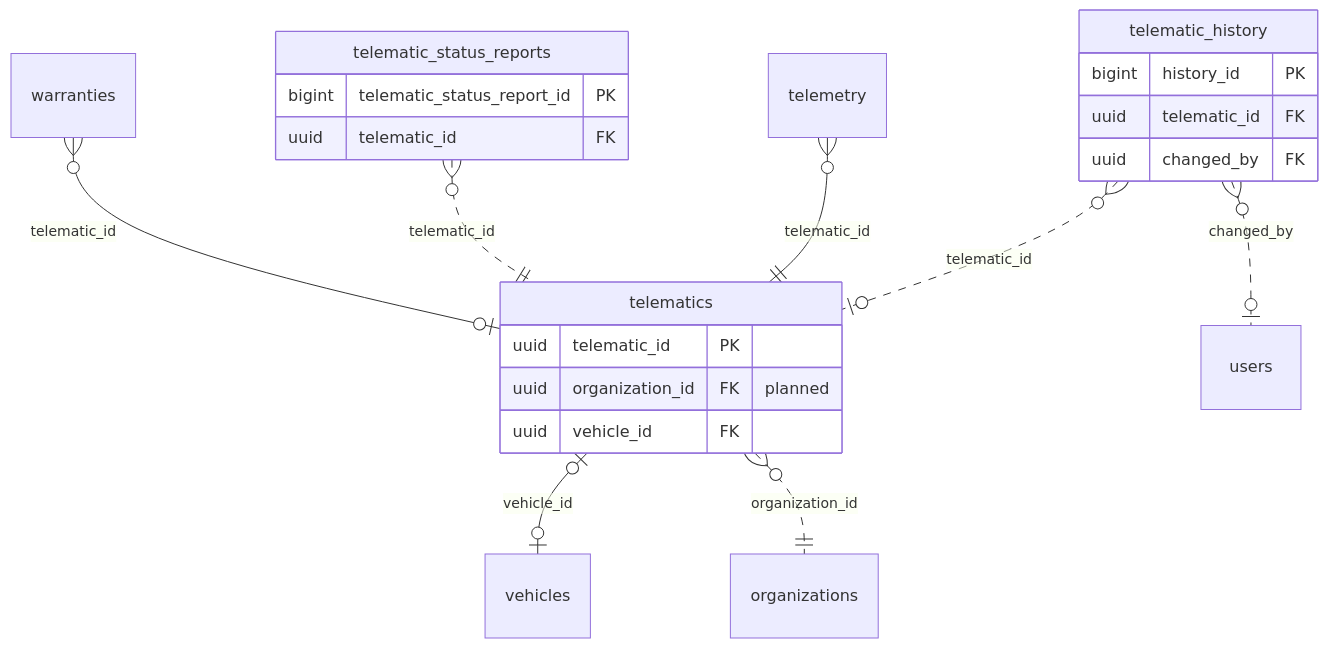
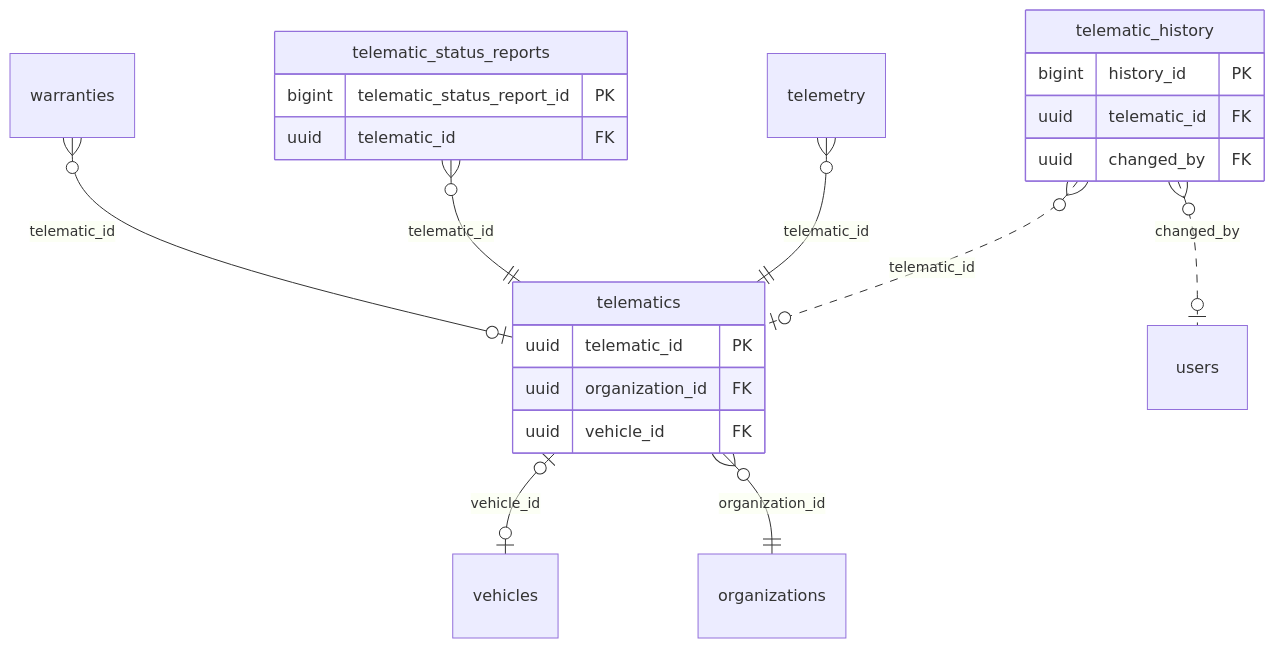
The diagram in docs/design/domain-model/domains/telematics.md (yolo-coccoc/G3Network-app), drawn with Mermaid before and after one commit. The commit also changed other lines of this file and 54 other files, not shown here.

First line of the commit message:
feat(telematics): build telematics, status reports and telemetry (WP1)

````diff
--- a/docs/design/domain-model/domains/telematics.md
+++ b/docs/design/domain-model/domains/telematics.md
@@ -16,24 +16,24 @@
 ```mermaid
 erDiagram
   telematics {
     uuid telematic_id PK
-    uuid organization_id FK "planned"
+    uuid organization_id FK
     uuid vehicle_id FK
   }
   telematic_history {
     bigint history_id PK
     uuid telematic_id FK
     uuid changed_by FK
   }
   telematic_status_reports {
     bigint telematic_status_report_id PK
     uuid telematic_id FK
   }
   warranties }o--o| telematics : "telematic_id"
   telematics |o--o| vehicles : "vehicle_id"
-  telematics }o..|| organizations : "organization_id"
-  telematic_status_reports }o..|| telematics : "telematic_id"
+  telematics }o--|| organizations : "organization_id"
+  telematic_status_reports }o--|| telematics : "telematic_id"
   telemetry }o--|| telematics : "telematic_id"
   telematic_history }o..o| telematics : "telematic_id"
   telematic_history }o..o| users : "changed_by"
 ```
````
